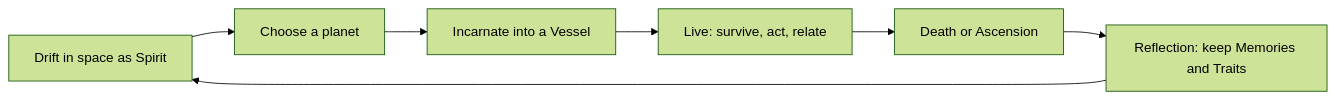
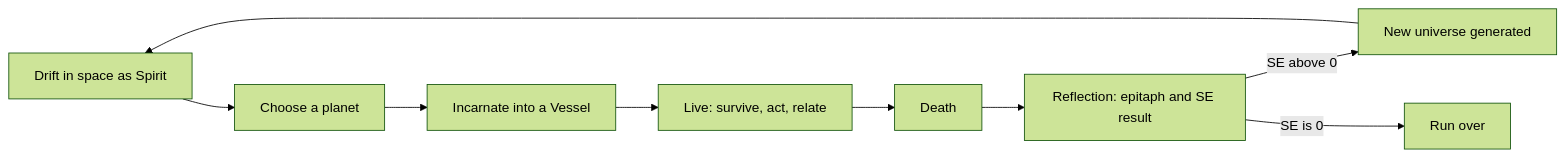
Before and after one commit to kitylam9/spirit: the diagram in docs/01-game-design.md, drawn with Mermaid (forest theme). The commit also changed other lines of this file and 13 other files, not shown here.

````diff
--- a/docs/01-game-design.md
+++ b/docs/01-game-design.md
@@ -5,9 +5,11 @@
 ```mermaid
 flowchart LR
   Drift[Drift in space as Spirit] --> Choose[Choose a planet]
   Choose --> Incarnate[Incarnate into a Vessel]
   Incarnate --> Live[Live: survive, act, relate]
-  Live --> Death[Death or Ascension]
-  Death --> Reflect[Reflection: keep Memories and Traits]
-  Reflect --> Drift
+  Live --> Death[Death]
+  Death --> Reflect[Reflection: epitaph and SE result]
+  Reflect -->|"SE above 0"| Reset[New universe generated]
+  Reset --> Drift
+  Reflect -->|"SE is 0"| RunOver[Run over]
 ```
````
